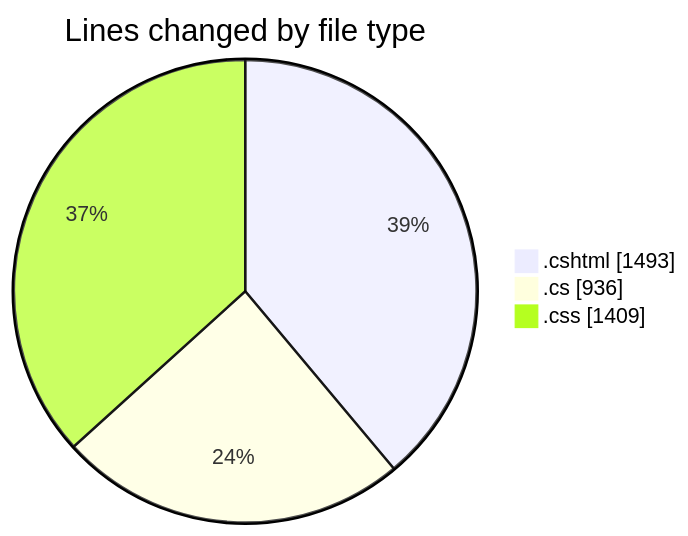
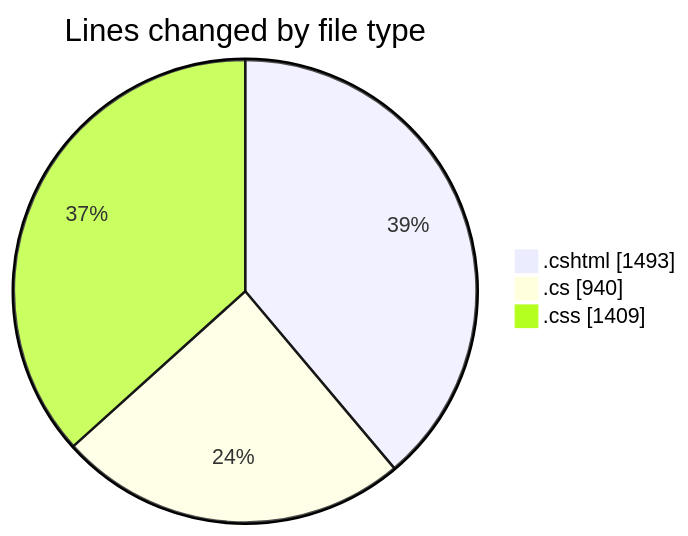
Before and after one commit to lephambinh05/code-tracking: the first of 2 diagrams in 2025-07-18/nhahang/README.md, drawn with Mermaid. The commit also changed other lines of this file and 1 other file, not shown here.

````diff
--- a/2025-07-18/nhahang/README.md
+++ b/2025-07-18/nhahang/README.md
@@ -45,7 +45,7 @@
 ```mermaid
 pie showData
 title Lines changed by file type
 ".cshtml" : 1493
-".cs" : 936
+".cs" : 940
 ".css" : 1409
 ```
````
